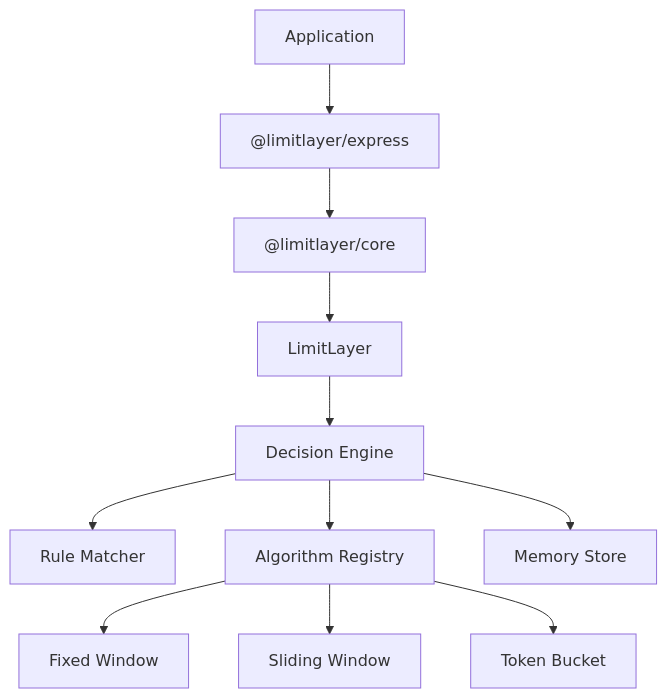
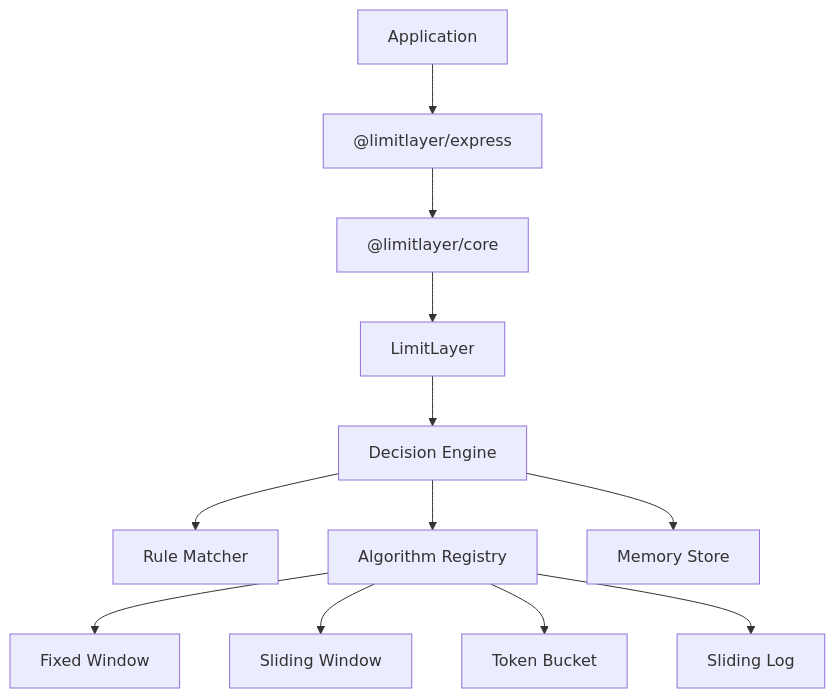
Before and after one commit to gargavi-oss/limit-layer: the diagram in README.md, drawn with Mermaid. The commit also changed other lines of this file and 5 other files, not shown here.

````diff
--- a/README.md
+++ b/README.md
@@ -41,37 +42,39 @@
 ```mermaid
 flowchart TD
 
     APP[Application]
 
     EXPRESS["@limitlayer/express"]
 
     CORE["@limitlayer/core"]
 
     LIMITER[LimitLayer]
 
     ENGINE[Decision Engine]
 
     MATCHER[Rule Matcher]
 
     REGISTRY[Algorithm Registry]
 
     FW[Fixed Window]
     SW[Sliding Window]
     TB[Token Bucket]
+    SL[Sliding Log]
 
     STORE[Memory Store]
 
     APP --> EXPRESS
     EXPRESS --> CORE
 
     CORE --> LIMITER
     LIMITER --> ENGINE
 
     ENGINE --> MATCHER
     ENGINE --> REGISTRY
     ENGINE --> STORE
 
     REGISTRY --> FW
     REGISTRY --> SW
     REGISTRY --> TB
+    REGISTRY --> SL
 ```
````
